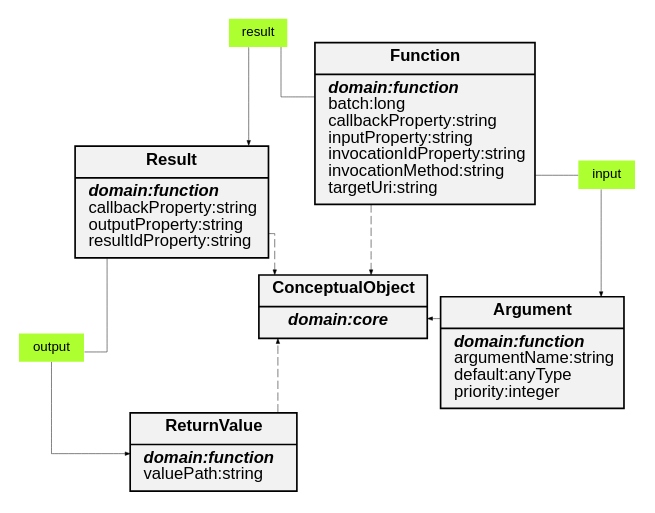
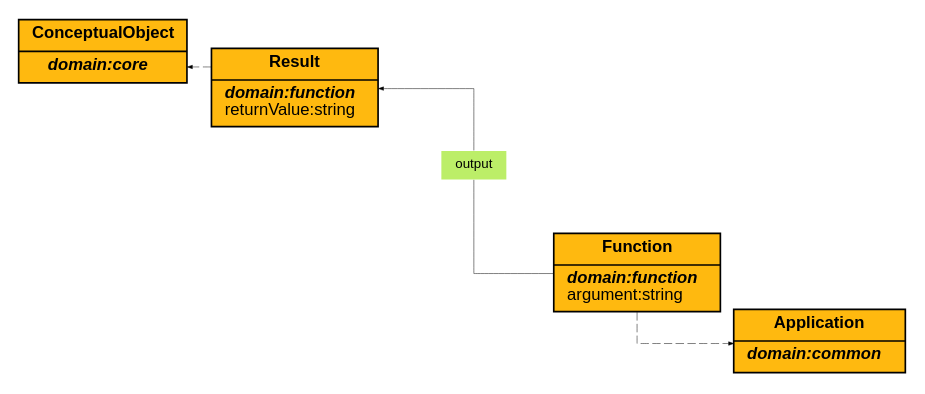
The diagram in docs/images/function_ontology.gv (eclipse-tractusx/sldt-ontology-model), drawn with Graphviz before and after one commit. The commit also changed 21 other files, not shown here.

```diff
--- a/docs/images/function_ontology.gv
+++ b/docs/images/function_ontology.gv
@@ -1,23 +1,14 @@
 digraph function_ontology {
-	graph [fontname="Helvetica,Arial,sans-serif" fontsize=10 layout=neato overlap=scalexy splines=ortho]
-	node [fillcolor=gray95 fontname="Helvetica,Arial,sans-serif" fontsize=10 shape=record]
+	graph [fontname="Helvetica,Arial,sans-serif" fontsize=10 layout=neato overlap=false splines=ortho]
+	node [fillcolor=darkgoldenrod1 fontname="Helvetica,Arial,sans-serif" fontsize=10 shape=record]
 	edge [arrowsize=0.3 fontname="Helvetica,Arial,sans-serif" fontsize=10 penwidth=0.3]
 	ConceptualObject [label=<{<b>ConceptualObject</b> | <i><b> domain:core</b></i> <br align="left"/>}> style=filled]
-	Argument [label=<{<b>Argument</b> | <i><b> domain:function</b></i> <br align="left"/>argumentName:string<br align="left"/>default:anyType<br align="left"/>priority:integer<br align="left"/>}> style=filled]
-	Function [label=<{<b>Function</b> | <i><b> domain:function</b></i> <br align="left"/>batch:long<br align="left"/>callbackProperty:string<br align="left"/>inputProperty:string<br align="left"/>invocationIdProperty:string<br align="left"/>invocationMethod:string<br align="left"/>targetUri:string<br align="left"/>}> style=filled]
-	Result [label=<{<b>Result</b> | <i><b> domain:function</b></i> <br align="left"/>callbackProperty:string<br align="left"/>outputProperty:string<br align="left"/>resultIdProperty:string<br align="left"/>}> style=filled]
-	ReturnValue [label=<{<b>ReturnValue</b> | <i><b> domain:function</b></i> <br align="left"/>valuePath:string<br align="left"/>}> style=filled]
-	input [label=input fillcolor=greenyellow fontsize=8 height=0 shape=plaintext style=filled width=0]
-	output [label=output fillcolor=greenyellow fontsize=8 height=0 shape=plaintext style=filled width=0]
-	result [label=result fillcolor=greenyellow fontsize=8 height=0 shape=plaintext style=filled width=0]
-	Function -> input [arrowhead=none]
-	input -> Argument
-	Result -> output [arrowhead=none]
-	output -> ReturnValue
-	Function -> result [arrowhead=none]
-	result -> Result
-	Argument -> ConceptualObject [style=dashed]
-	Function -> ConceptualObject [style=dashed]
+	Application [label=<{<b>Application</b> | <i><b> domain:common</b></i> <br align="left"/>}> style=filled]
+	Function [label=<{<b>Function</b> | <i><b> domain:function</b></i> <br align="left"/>argument:string<br align="left"/>}> style=filled]
+	Result [label=<{<b>Result</b> | <i><b> domain:function</b></i> <br align="left"/>returnValue:string<br align="left"/>}> style=filled]
+	output [label=output fillcolor=darkolivegreen2 fontsize=8 height=0 shape=plaintext style=filled width=0]
+	Function -> output [arrowhead=none]
+	output -> Result
+	Function -> Application [style=dashed]
 	Result -> ConceptualObject [style=dashed]
-	ReturnValue -> ConceptualObject [style=dashed]
 }
```
